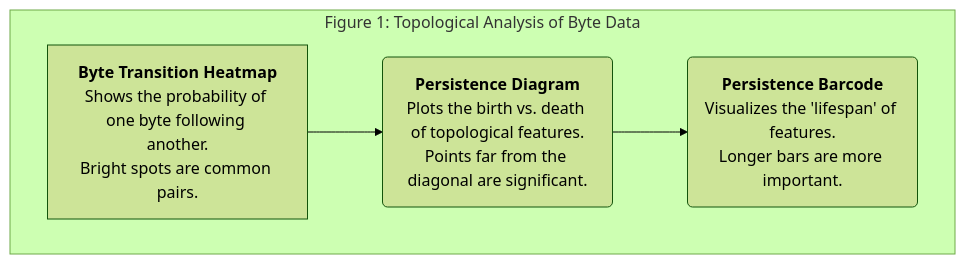
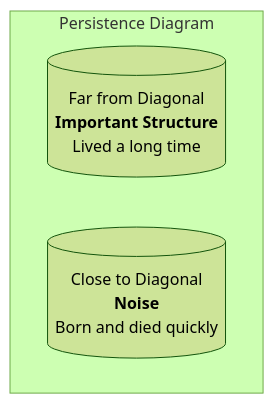
Before and after one commit to eltay89/eltay89.github.io: the second of 2 diagrams in _posts/2025-08-22-analyzing-bytes-for-llms.md, drawn with Mermaid (forest theme). The commit also changed other lines of this file, not shown here.

````diff
--- a/_posts/2025-08-22-analyzing-bytes-for-llms.md
+++ b/_posts/2025-08-22-analyzing-bytes-for-llms.md
@@ -92,7 +68,7 @@
 ```mermaid
 graph TD
-    subgraph "Figure 1: Topological Analysis of Byte Data"
-        A["<b>Byte Transition Heatmap</b><br>Shows the probability of one byte following another.<br>Bright spots are common pairs."] --> B("<b>Persistence Diagram</b><br>Plots the birth vs. death of topological features.<br>Points far from the diagonal are significant.");
-        B --> C("<b>Persistence Barcode</b><br>Visualizes the 'lifespan' of features.<br>Longer bars are more important.");
+    subgraph "Persistence Diagram"
+        A[("Far from Diagonal<br><b>Important Structure</b><br>Lived a long time")]
+        B[("Close to Diagonal<br><b>Noise</b><br>Born and died quickly")]
     end
 ```
````
